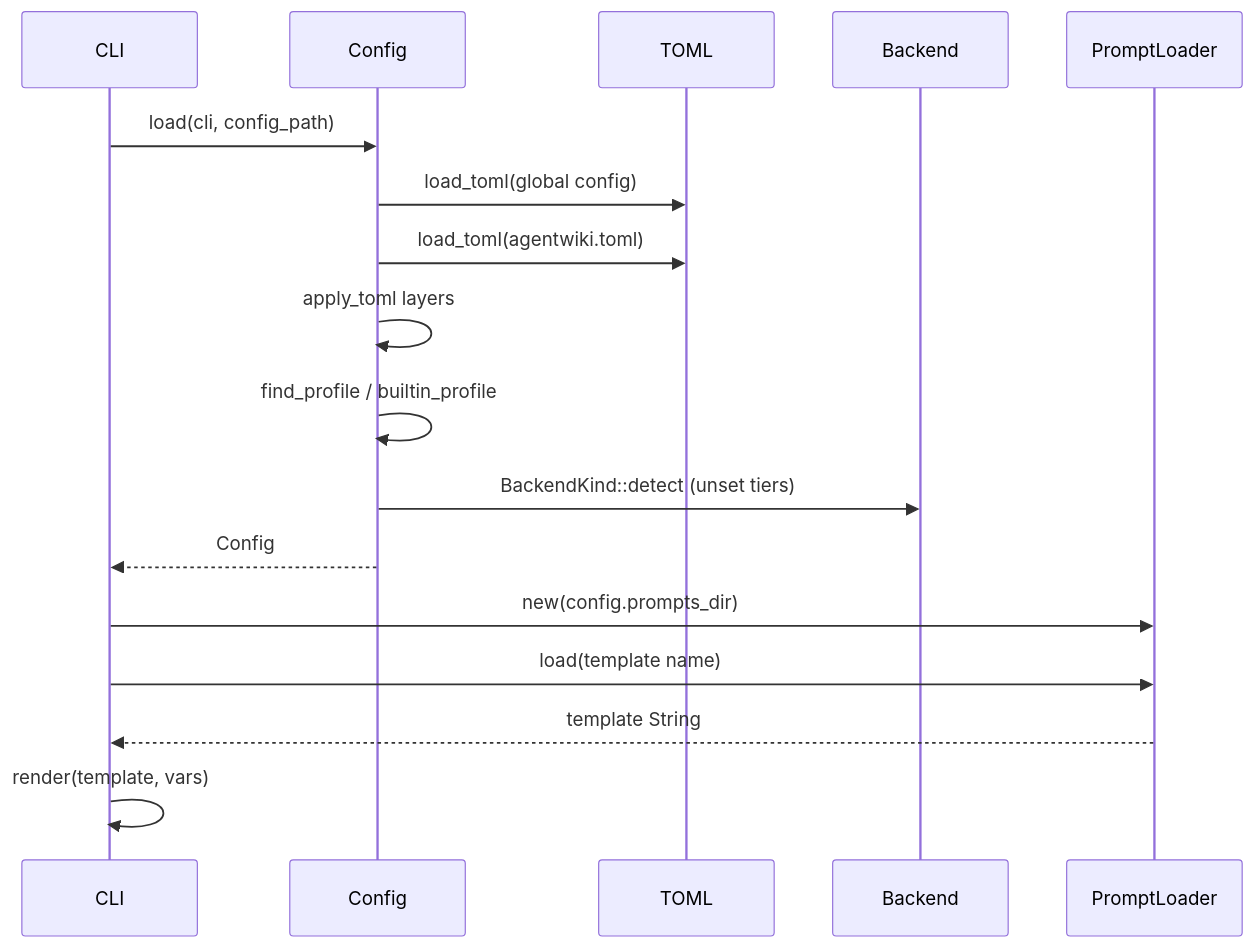
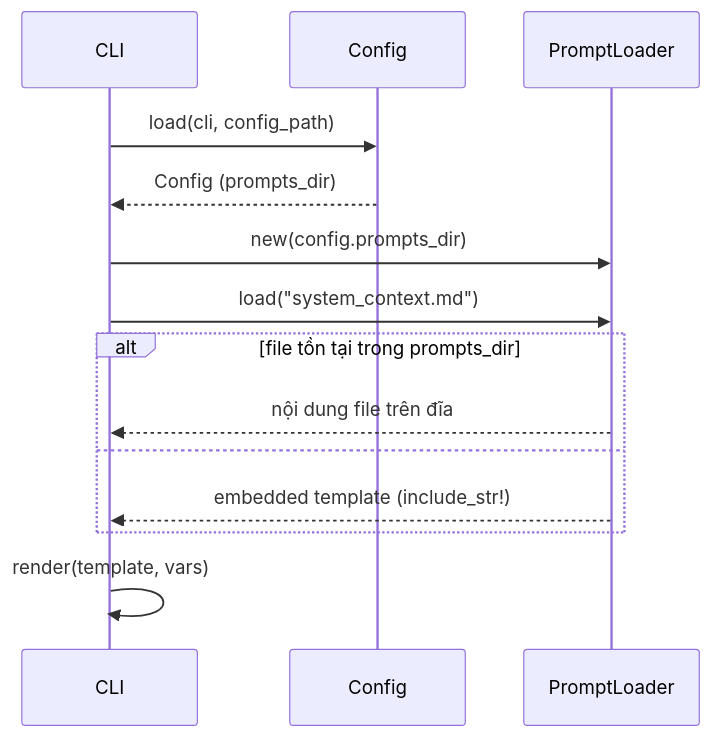
The second of 2 diagrams in docs/vi/4.Deep-Exploration/Configuration & Prompt Management.md (tidusvn05/agentwiki), drawn with Mermaid before and after one commit. The commit also changed other lines of this file and 10 other files, not shown here.

````diff
--- a/docs/vi/4.Deep-Exploration/Configuration & Prompt Management.md
+++ b/docs/vi/4.Deep-Exploration/Configuration & Prompt Management.md
@@ -97,19 +105,16 @@
 ```mermaid
 sequenceDiagram
-    participant CLI
-    participant Config
-    participant TOML
-    participant Backend
-    participant Loader as PromptLoader
-    CLI->>Config: load(cli, config_path)
-    Config->>TOML: load_toml(global config)
-    Config->>TOML: load_toml(agentwiki.toml)
-    Config->>Config: apply_toml layers
-    Config->>Config: find_profile / builtin_profile
-    Config->>Backend: BackendKind::detect (unset tiers)
-    Config-->>CLI: Config
-    CLI->>Loader: new(config.prompts_dir)
-    CLI->>Loader: load(template name)
-    Loader-->>CLI: template String
-    CLI->>CLI: render(template, vars)
+  participant CLI
+  participant Config
+  participant Loader as PromptLoader
+  CLI->>Config: load(cli, config_path)
+  Config-->>CLI: Config (prompts_dir)
+  CLI->>Loader: new(config.prompts_dir)
+  CLI->>Loader: load("system_context.md")
+  alt file tồn tại trong prompts_dir
+    Loader-->>CLI: nội dung file trên đĩa
+  else
+    Loader-->>CLI: embedded template (include_str!)
+  end
+  CLI->>CLI: render(template, vars)
 ```
````
